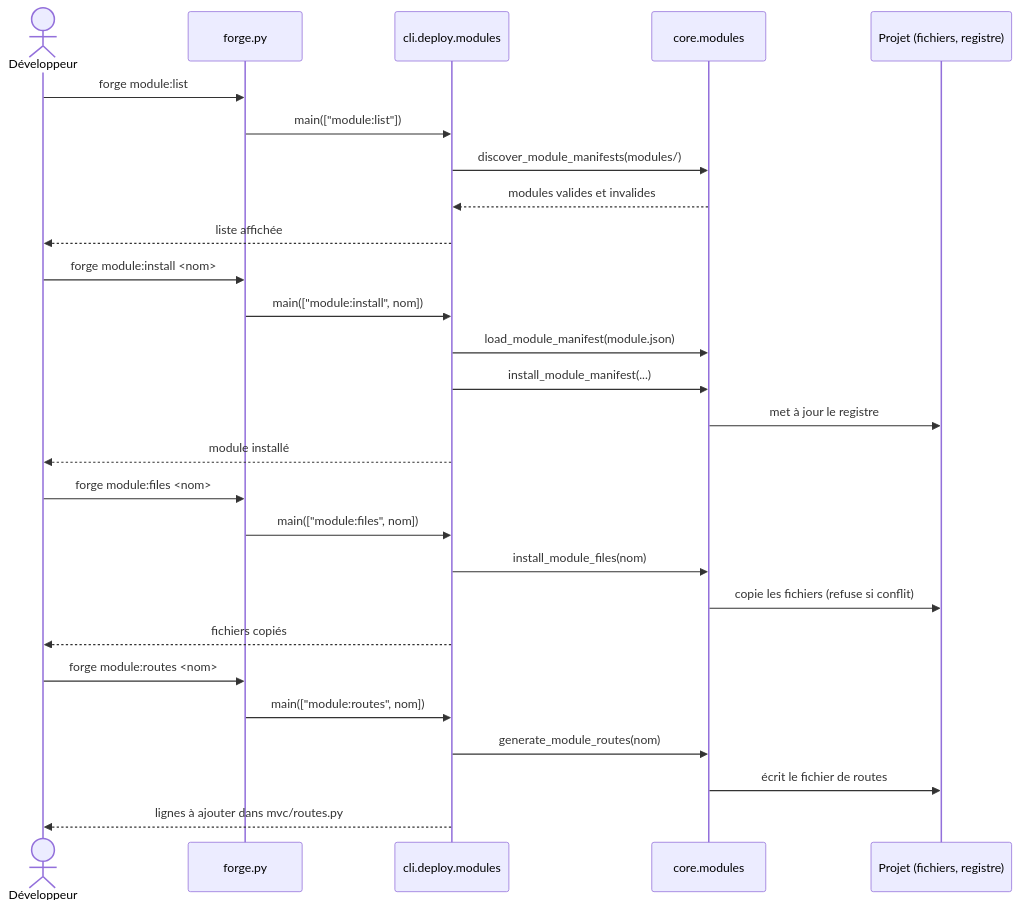
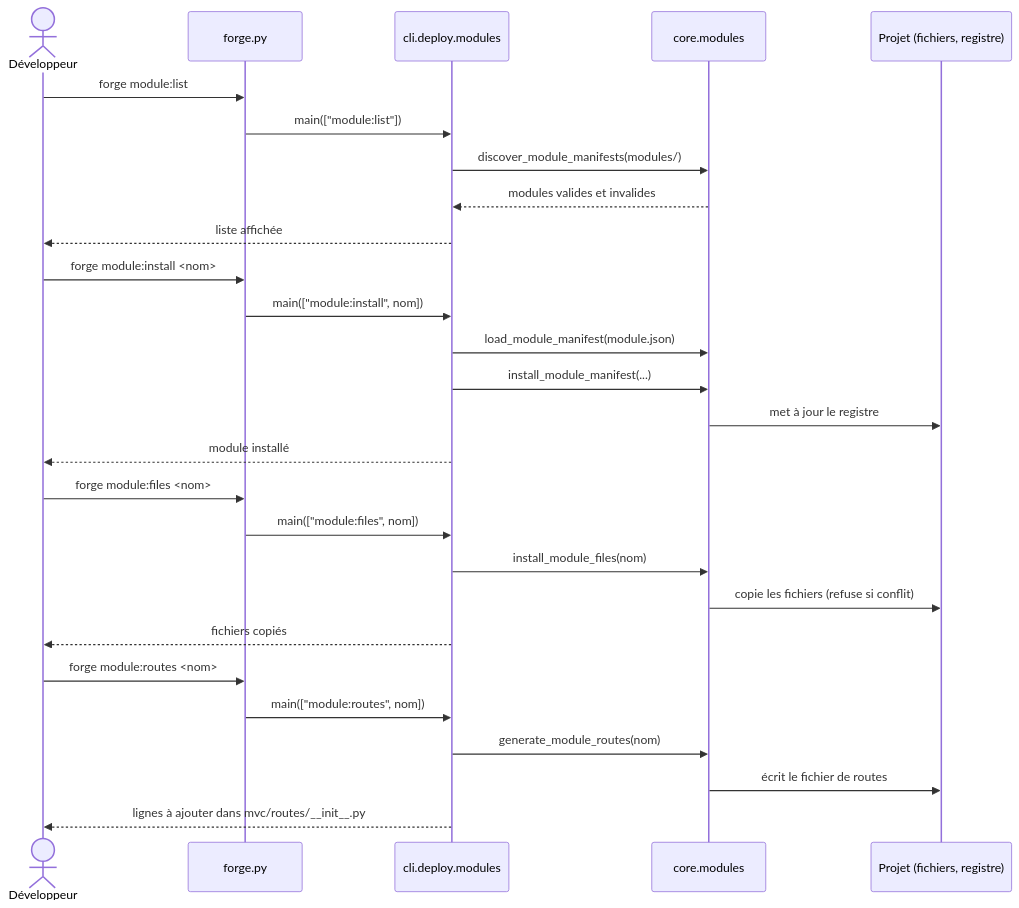
The second of 2 diagrams in cli/deploy/docs/modules.md (caucrogeGit/Forge), drawn with Mermaid before and after one commit. The commit also changed other lines of this file and 68 other files, not shown here.

First line of the commit message:
refactor(routes): éclater mvc/routes.py en paquet mvc/routes/ par contrôleur (ADR-068)

````diff
--- a/cli/deploy/docs/modules.md
+++ b/cli/deploy/docs/modules.md
@@ -111,33 +111,33 @@
 ```mermaid
 sequenceDiagram
     actor Dev as Développeur
     participant Forge as forge.py
     participant CLI as cli.deploy.modules
     participant Core as core.modules
     participant Projet as Projet (fichiers, registre)
 
     Dev->>Forge: forge module:list
     Forge->>CLI: main(["module:list"])
     CLI->>Core: discover_module_manifests(modules/)
     Core-->>CLI: modules valides et invalides
     CLI-->>Dev: liste affichée
 
     Dev->>Forge: forge module:install <nom>
     Forge->>CLI: main(["module:install", nom])
     CLI->>Core: load_module_manifest(module.json)
     CLI->>Core: install_module_manifest(...)
     Core->>Projet: met à jour le registre
     CLI-->>Dev: module installé
 
     Dev->>Forge: forge module:files <nom>
     Forge->>CLI: main(["module:files", nom])
     CLI->>Core: install_module_files(nom)
     Core->>Projet: copie les fichiers (refuse si conflit)
     CLI-->>Dev: fichiers copiés
 
     Dev->>Forge: forge module:routes <nom>
     Forge->>CLI: main(["module:routes", nom])
     CLI->>Core: generate_module_routes(nom)
     Core->>Projet: écrit le fichier de routes
-    CLI-->>Dev: lignes à ajouter dans mvc/routes.py
+    CLI-->>Dev: lignes à ajouter dans mvc/routes/__init__.py
 ```
````
